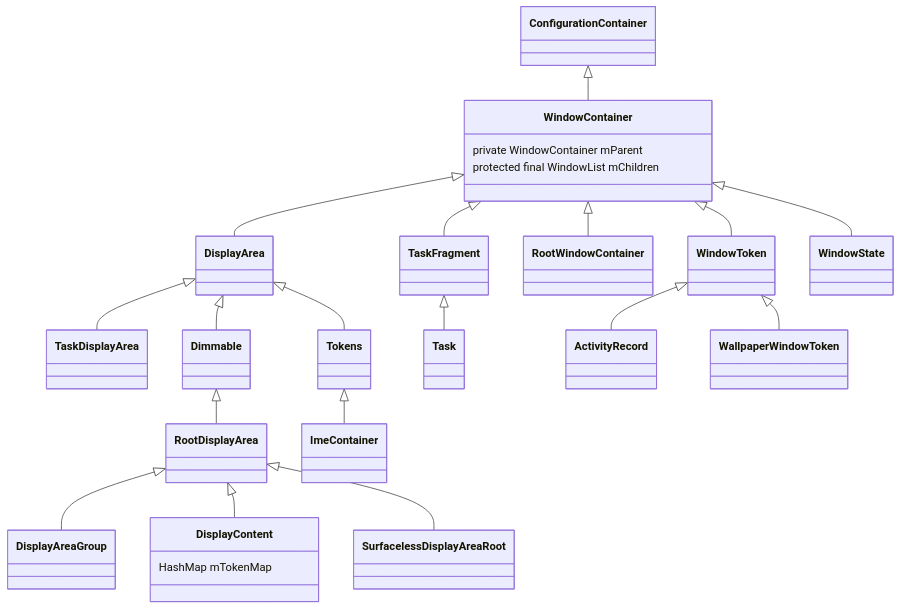
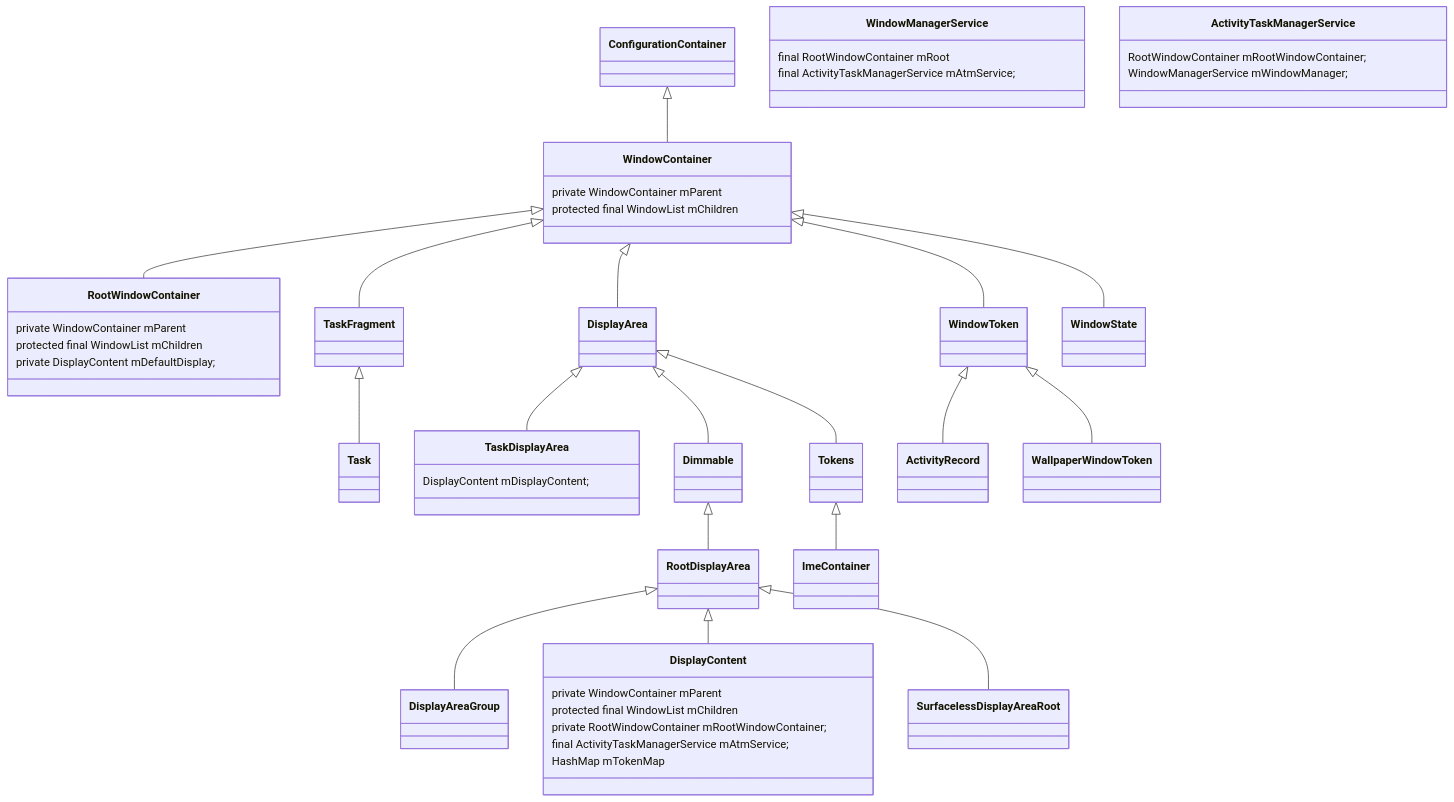
The diagram in source/Android 窗口系统/android-window-system-window-tree-basic.md (heqiangflytosky/qbook), drawn with Mermaid before and after one commit. The commit also changed other lines of this file and 7 other files, not shown here.

````diff
--- a/source/Android 窗口系统/android-window-system-window-tree-basic.md
+++ b/source/Android 窗口系统/android-window-system-window-tree-basic.md
@@ -118,27 +118,47 @@
 ```mermaid
 classDiagram
 ConfigurationContainer <|-- WindowContainer
+WindowContainer <|-- RootWindowContainer
+WindowContainer <|-- TaskFragment
 WindowContainer <|-- DisplayArea
 DisplayArea <|-- TaskDisplayArea
-WindowContainer <|-- TaskFragment
 TaskFragment <|-- Task
-WindowContainer <|-- RootWindowContainer
 DisplayArea <|-- Dimmable
 Dimmable <|-- RootDisplayArea
 RootDisplayArea <|-- DisplayAreaGroup
 RootDisplayArea <|-- DisplayContent
 RootDisplayArea <|-- SurfacelessDisplayAreaRoot
 WindowContainer <|-- WindowToken
 WindowToken <|-- ActivityRecord
 WindowToken <|-- WallpaperWindowToken
 WindowContainer <|-- WindowState
 DisplayArea <|-- Tokens
 Tokens <|-- ImeContainer
 class WindowContainer{
     private WindowContainer<WindowContainer> mParent
     protected final WindowList<WindowContainer> mChildren
 }
 class DisplayContent{
+    private WindowContainer<WindowContainer> mParent
+    protected final WindowList<WindowContainer> mChildren
+    private RootWindowContainer mRootWindowContainer;
+    final ActivityTaskManagerService mAtmService;
     HashMap<IBinder, WindowToken> mTokenMap
 }
+class RootWindowContainer {
+    private WindowContainer<WindowContainer> mParent
+    protected final WindowList<WindowContainer> mChildren
+    private DisplayContent mDefaultDisplay;
+}
+class TaskDisplayArea{
+    DisplayContent mDisplayContent;
+}
+class WindowManagerService {
+    final RootWindowContainer mRoot
+    final ActivityTaskManagerService mAtmService;
+}
+class ActivityTaskManagerService {
+    RootWindowContainer mRootWindowContainer;
+    WindowManagerService mWindowManager;
+}
 ```
````
